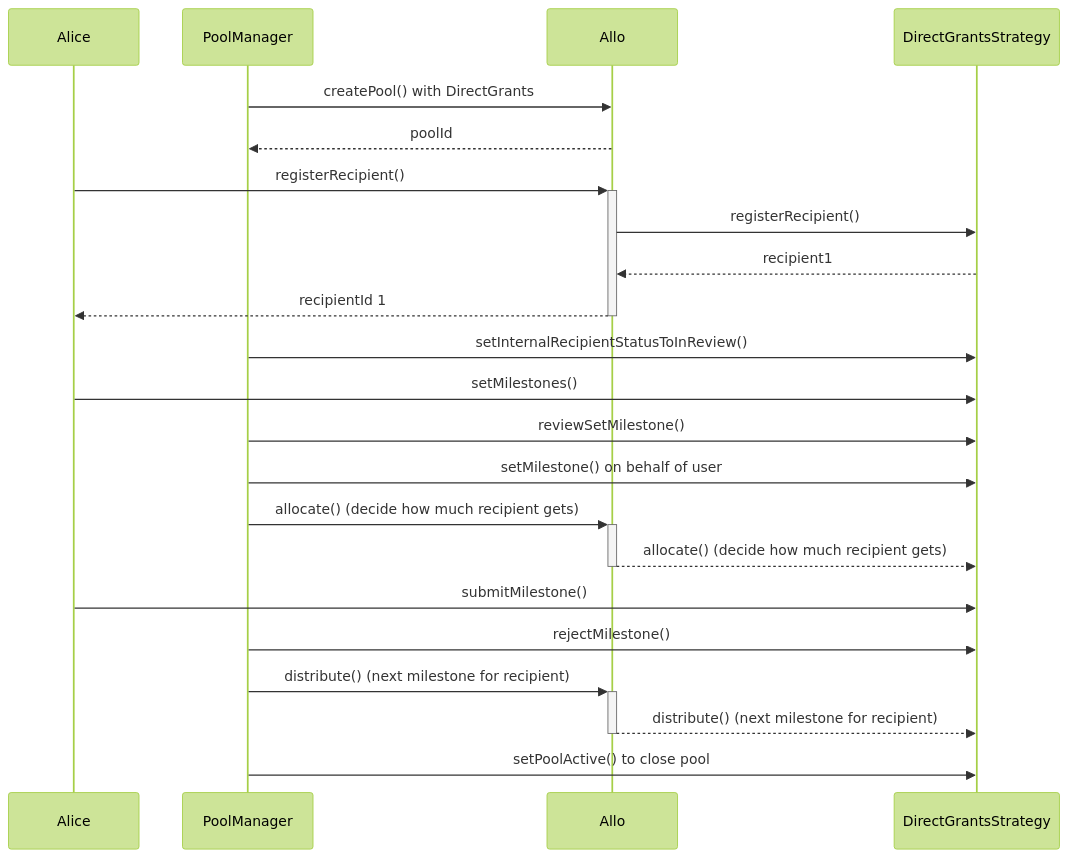
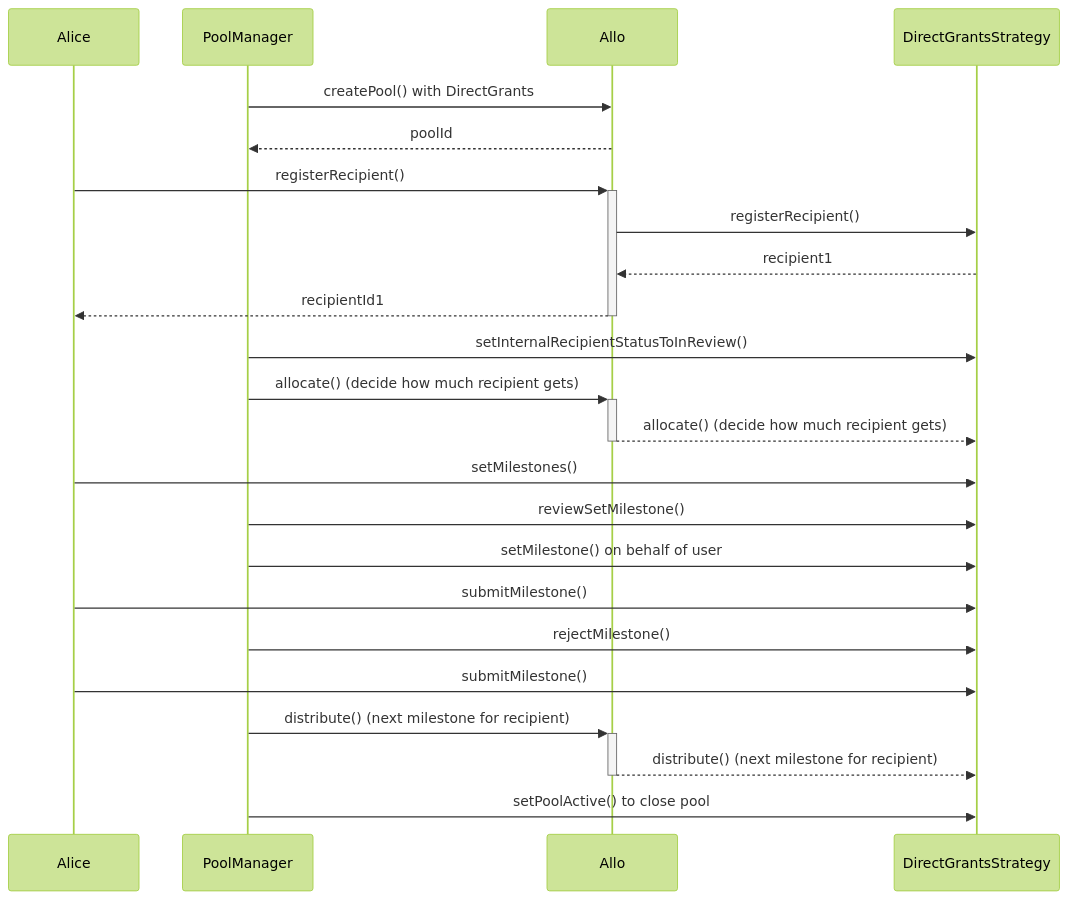
Before and after one commit to allo-protocol/allo-v2: the diagram in contracts/readme/DirectGrantsSimpleStrategy.md, drawn with Mermaid (forest theme). The commit also changed other lines of this file and 7 other files, not shown here.

````diff
--- a/contracts/readme/DirectGrantsSimpleStrategy.md
+++ b/contracts/readme/DirectGrantsSimpleStrategy.md
@@ -5,25 +35,26 @@
 ```mermaid
 sequenceDiagram
     participant Alice
     participant PoolManager
     participant Allo
     participant DirectGrantsStrategy
 
     PoolManager->>Allo: createPool() with DirectGrants
     Allo-->>PoolManager: poolId
     Alice->>+Allo: registerRecipient()
     Allo->>DirectGrantsStrategy: registerRecipient()
     DirectGrantsStrategy-->>Allo: recipient1
-    Allo-->>-Alice: recipientId 1
+    Allo-->>-Alice: recipientId1
     PoolManager->>DirectGrantsStrategy: setInternalRecipientStatusToInReview()
+    PoolManager->>+Allo: allocate() (decide how much recipient gets)
+    Allo-->>-DirectGrantsStrategy: allocate() (decide how much recipient gets)
     Alice->> DirectGrantsStrategy: setMilestones()
     PoolManager->> DirectGrantsStrategy: reviewSetMilestone()
     PoolManager->> DirectGrantsStrategy: setMilestone() on behalf of user
-    PoolManager->>+Allo: allocate() (decide how much recipient gets)
-    Allo-->>-DirectGrantsStrategy: allocate() (decide how much recipient gets)
     Alice->>DirectGrantsStrategy: submitMilestone()
     PoolManager->>DirectGrantsStrategy: rejectMilestone()
+    Alice->>DirectGrantsStrategy: submitMilestone()
     PoolManager->>+Allo: distribute() (next milestone for recipient)
     Allo-->>-DirectGrantsStrategy: distribute() (next milestone for recipient)
     PoolManager->>DirectGrantsStrategy: setPoolActive() to close pool
 ```
````
